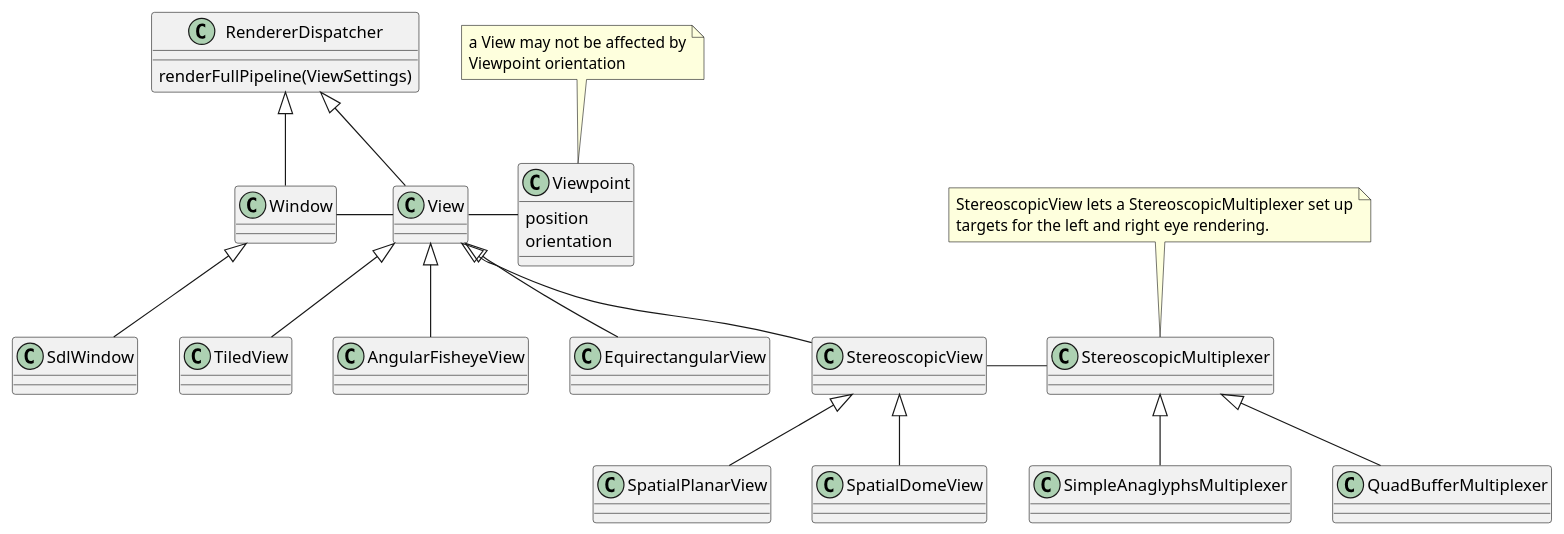
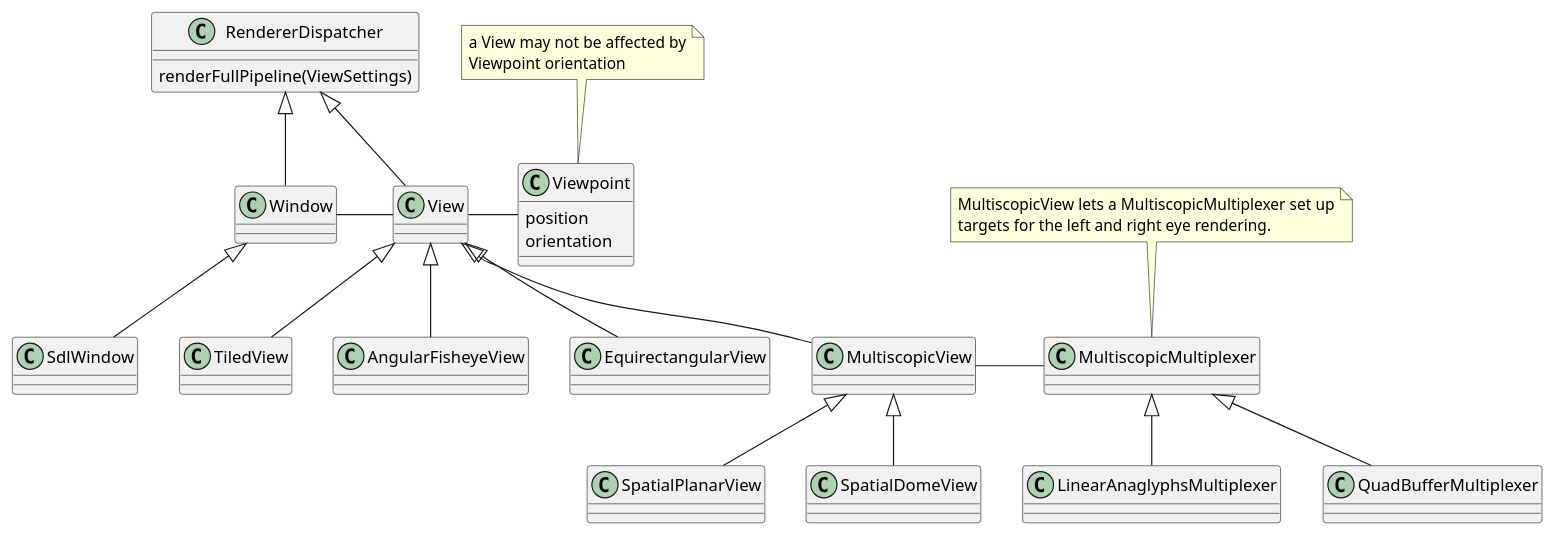
The second of 2 diagrams in README.md (karlun/gramods), drawn with PlantUML before and after one commit. The commit also changed other lines of this file, not shown here.

Commit message:
Updates to readme to accomodate recent changes

```diff
--- a/README.md
+++ b/README.md
@@ -240,21 +240,21 @@
 @startuml class
 RendererDispatcher <|-- Window
 RendererDispatcher : renderFullPipeline(ViewSettings)
 RendererDispatcher <|-- View
 Window - View
 View <|-- TiledView
-View <|-- StereoscopicView
-StereoscopicView <|-- SpatialPlanarView
-StereoscopicView <|-- SpatialDomeView
+View <|-- MultiscopicView
+MultiscopicView <|-- SpatialPlanarView
+MultiscopicView <|-- SpatialDomeView
 View <|-- AngularFisheyeView
 View <|-- EquirectangularView
 View - Viewpoint
 note top of Viewpoint : a View may not be affected by\nViewpoint orientation
 Viewpoint : position
 Viewpoint : orientation
 Window <|-- SdlWindow
-StereoscopicView - StereoscopicMultiplexer
-note top of StereoscopicMultiplexer : StereoscopicView lets a StereoscopicMultiplexer set up\ntargets for the left and right eye rendering.
-StereoscopicMultiplexer <|-- SimpleAnaglyphsMultiplexer
-StereoscopicMultiplexer <|-- QuadBufferMultiplexer
+MultiscopicView - MultiscopicMultiplexer
+note top of MultiscopicMultiplexer : MultiscopicView lets a MultiscopicMultiplexer set up\ntargets for the left and right eye rendering.
+MultiscopicMultiplexer <|-- LinearAnaglyphsMultiplexer
+MultiscopicMultiplexer <|-- QuadBufferMultiplexer
 @enduml
```
